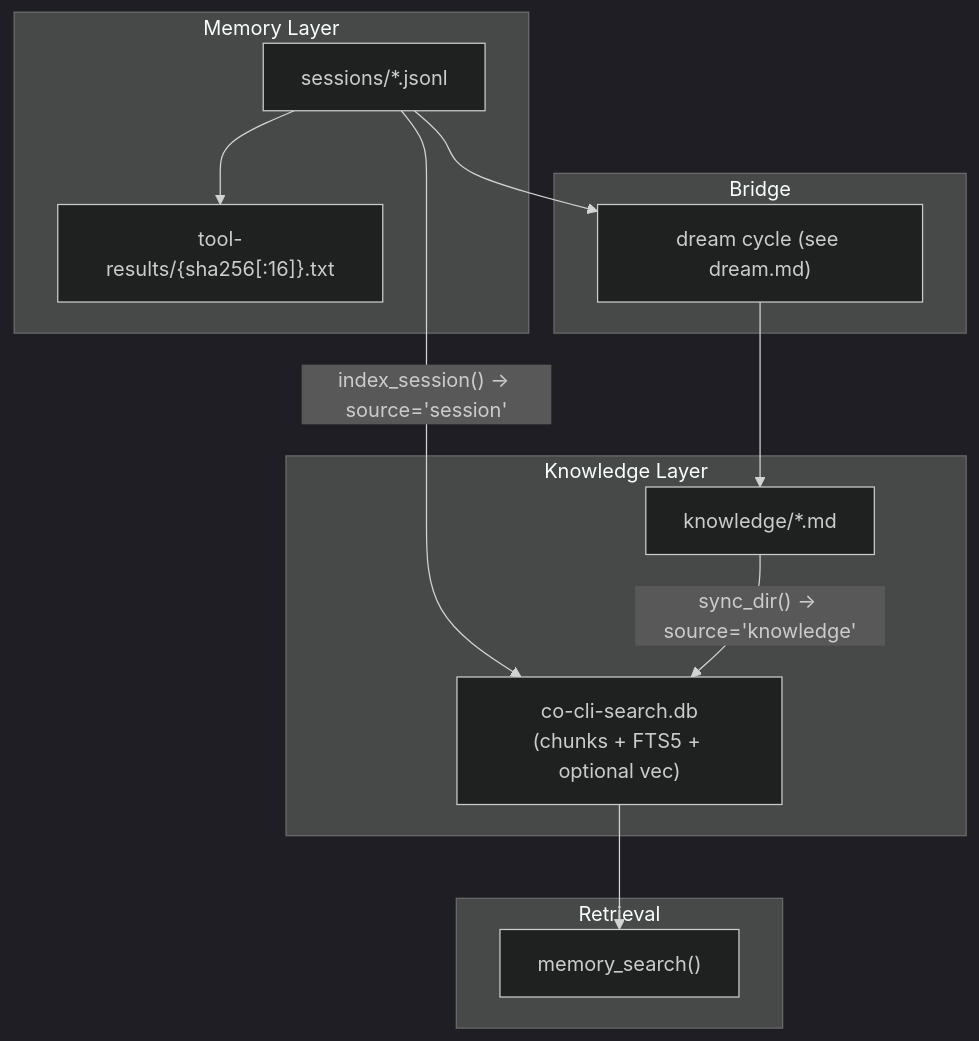
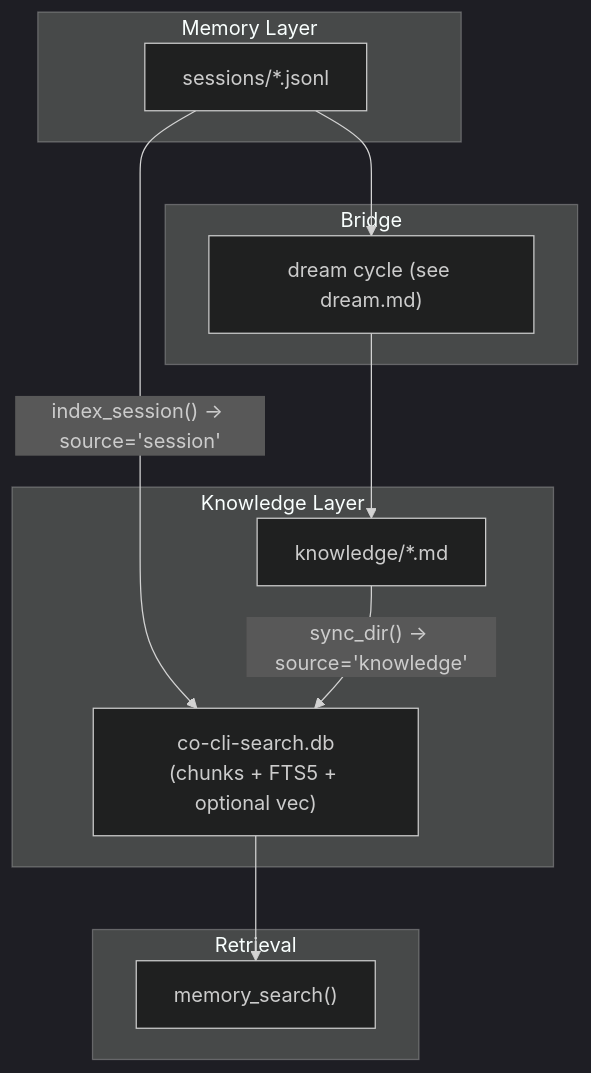
The diagram in docs/specs/memory-knowledge.md (binlecode/co-cli), drawn with Mermaid (dark theme) before and after one commit. The commit also changed other lines of this file and 32 other files, not shown here.

````diff
--- a/docs/specs/memory-knowledge.md
+++ b/docs/specs/memory-knowledge.md
@@ -17,27 +17,25 @@
 ```mermaid
 flowchart TD
     subgraph Memory["Memory Layer"]
         Sessions["sessions/*.jsonl"]
-        Spill["tool-results/{sha256[:16]}.txt"]
     end
 
     subgraph Bridge["Bridge"]
         Dream["dream cycle (see dream.md)"]
     end
 
     subgraph Knowledge["Knowledge Layer"]
         KDir["knowledge/*.md"]
         SearchDB["co-cli-search.db\n(chunks + FTS5 + optional vec)"]
     end
 
     subgraph Recall["Retrieval"]
         MemorySearch["memory_search()"]
     end
 
     Sessions -->|"index_session() → source='session'"| SearchDB
     Sessions --> Dream
-    Sessions --> Spill
     Dream --> KDir
     KDir -->|"sync_dir() → source='knowledge'"| SearchDB
     SearchDB --> MemorySearch
 ```
````
